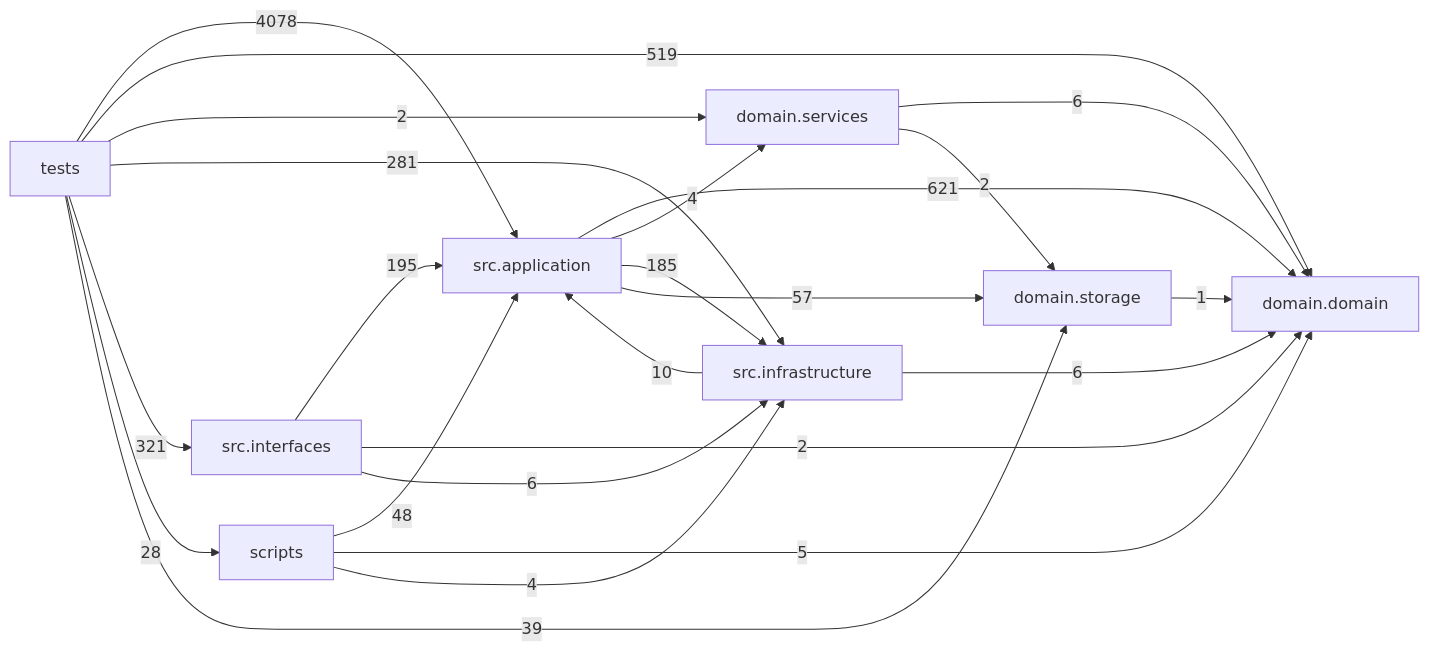
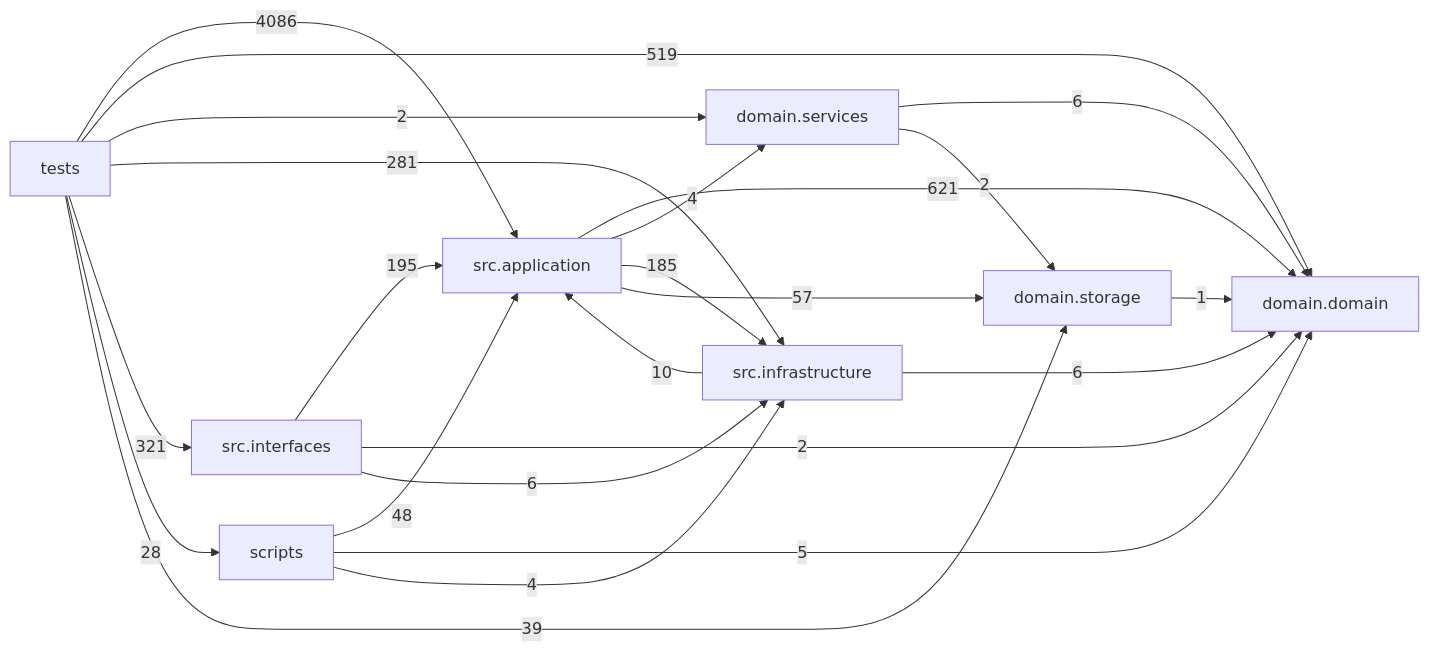
Before and after one commit to liuxie066/options-monitor: the diagram in docs/DEPENDENCY_GRAPH.md, drawn with Mermaid. The commit also changed other lines of this file, not shown here.

Commit message:
docs(graph): refresh merged lifecycle outbox dependencies

````diff
--- a/docs/DEPENDENCY_GRAPH.md
+++ b/docs/DEPENDENCY_GRAPH.md
@@ -24,33 +24,33 @@
 ```mermaid
 flowchart LR
   tests["tests"]
   scripts["scripts"]
   interfaces["src.interfaces"]
   application["src.application"]
   infrastructure["src.infrastructure"]
   domain_services["domain.services"]
   domain["domain.domain"]
   storage["domain.storage"]
   application -->|621| domain
   application -->|4| domain_services
   application -->|185| infrastructure
   application -->|57| storage
   domain_services -->|6| domain
   domain_services -->|2| storage
   infrastructure -->|10| application
   infrastructure -->|6| domain
   interfaces -->|195| application
   interfaces -->|2| domain
   interfaces -->|6| infrastructure
   scripts -->|48| application
   scripts -->|5| domain
   scripts -->|4| infrastructure
   storage -->|1| domain
-  tests -->|4078| application
+  tests -->|4086| application
   tests -->|519| domain
   tests -->|2| domain_services
   tests -->|281| infrastructure
   tests -->|321| interfaces
   tests -->|28| scripts
   tests -->|39| storage
 ```
````
